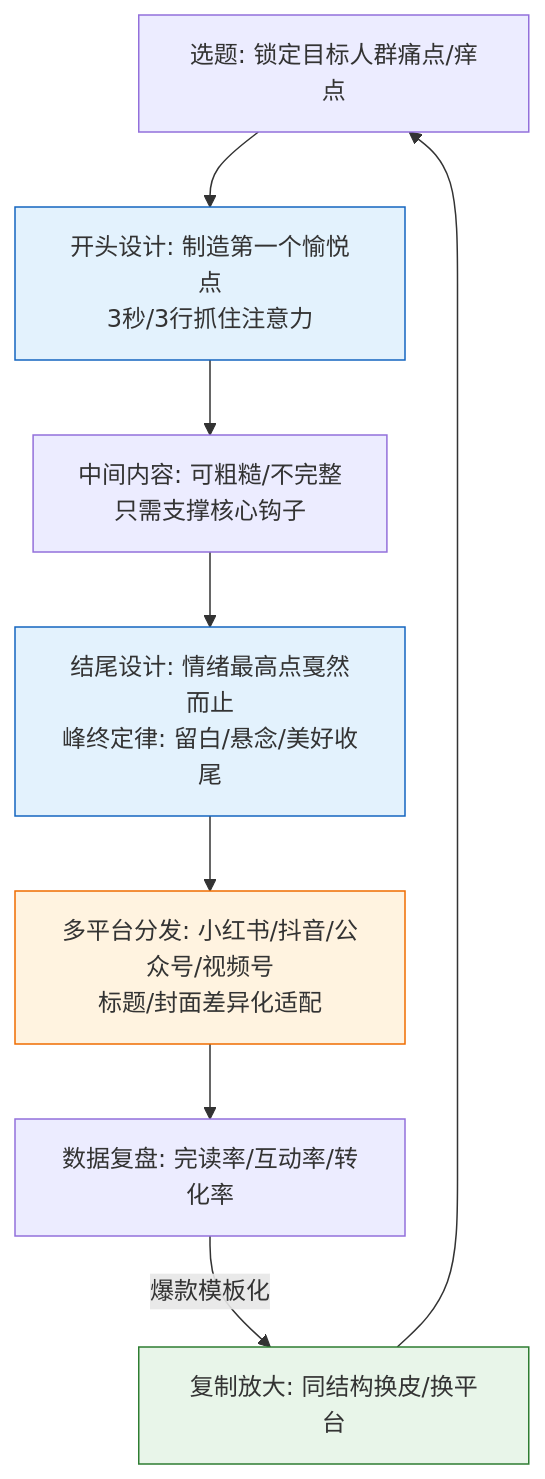
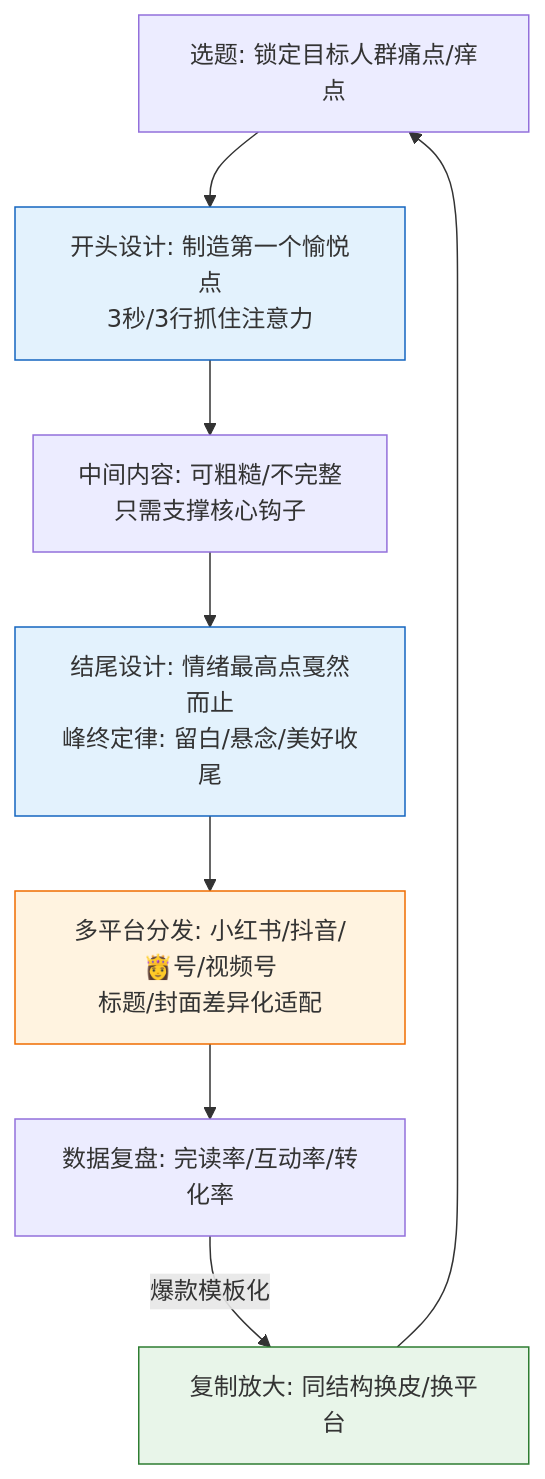
The eighth of 15 diagrams in docs/202301-02_paper2textbook/asset/body_fix_0a5d91d36fd303997e32714c7d17ac47_4e714942ca0528e11b444328ad1adc43_ea15f73e3b3cc0327c6440072fa9c659_5c40b2663f43d2388c98cfd459a2d4f5.md (OpenDocCN1/flygon-zhuanqian-zhoubao), drawn with Mermaid before and after one commit. The commit also changed other lines of this file and 6688 other files, not shown here.

````diff
--- a/docs/202301-02_paper2textbook/asset/body_fix_0a5d91d36fd303997e32714c7d17ac47_4e714942ca0528e11b444328ad1adc43_ea15f73e3b3cc0327c6440072fa9c659_5c40b2663f43d2388c98cfd459a2d4f5.md
+++ b/docs/202301-02_paper2textbook/asset/body_fix_0a5d91d36fd303997e32714c7d17ac47_4e714942ca0528e11b444328ad1adc43_ea15f73e3b3cc0327c6440072fa9c659_5c40b2663f43d2388c98cfd459a2d4f5.md
@@ -704,15 +704,15 @@
 ```mermaid
 flowchart TD
     A[选题: 锁定目标人群痛点/痒点] --> B[开头设计: 制造第一个愉悦点<br/>3秒/3行抓住注意力]
     B --> C[中间内容: 可粗糙/不完整<br/>只需支撑核心钩子]
     C --> D[结尾设计: 情绪最高点戛然而止<br/>峰终定律: 留白/悬念/美好收尾]
-    D --> E[多平台分发: 小红书/抖音/公众号/视频号<br/>标题/封面差异化适配]
+    D --> E[多平台分发: 小红书/抖音/👸号/视频号<br/>标题/封面差异化适配]
     E --> F[数据复盘: 完读率/互动率/转化率]
     F -->|爆款模板化| G[复制放大: 同结构换皮/换平台]
     G --> A
     
     style B fill:#e3f2fd,stroke:#1565c0
     style D fill:#e3f2fd,stroke:#1565c0
     style E fill:#fff3e0,stroke:#ef6c00
     style G fill:#e8f5e9,stroke:#2e7d32
 ```
````
